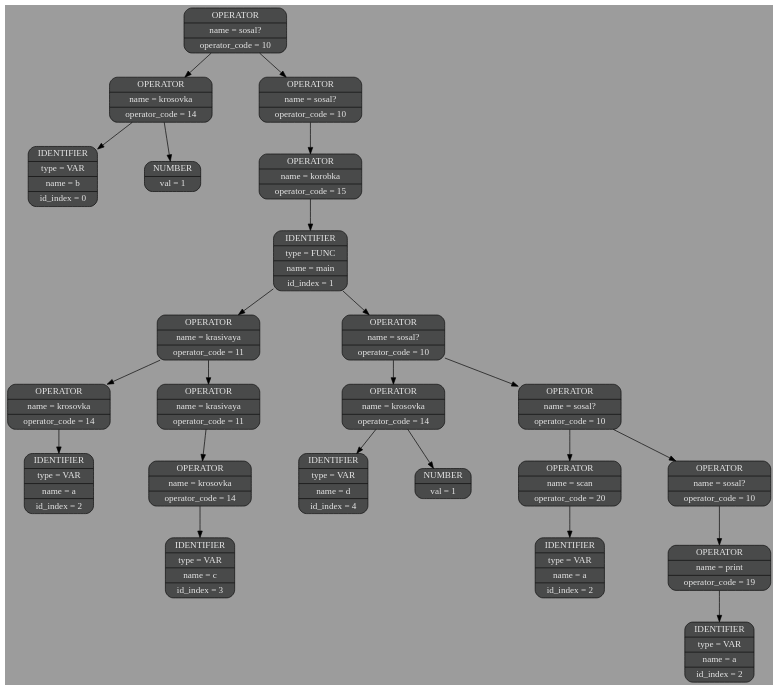
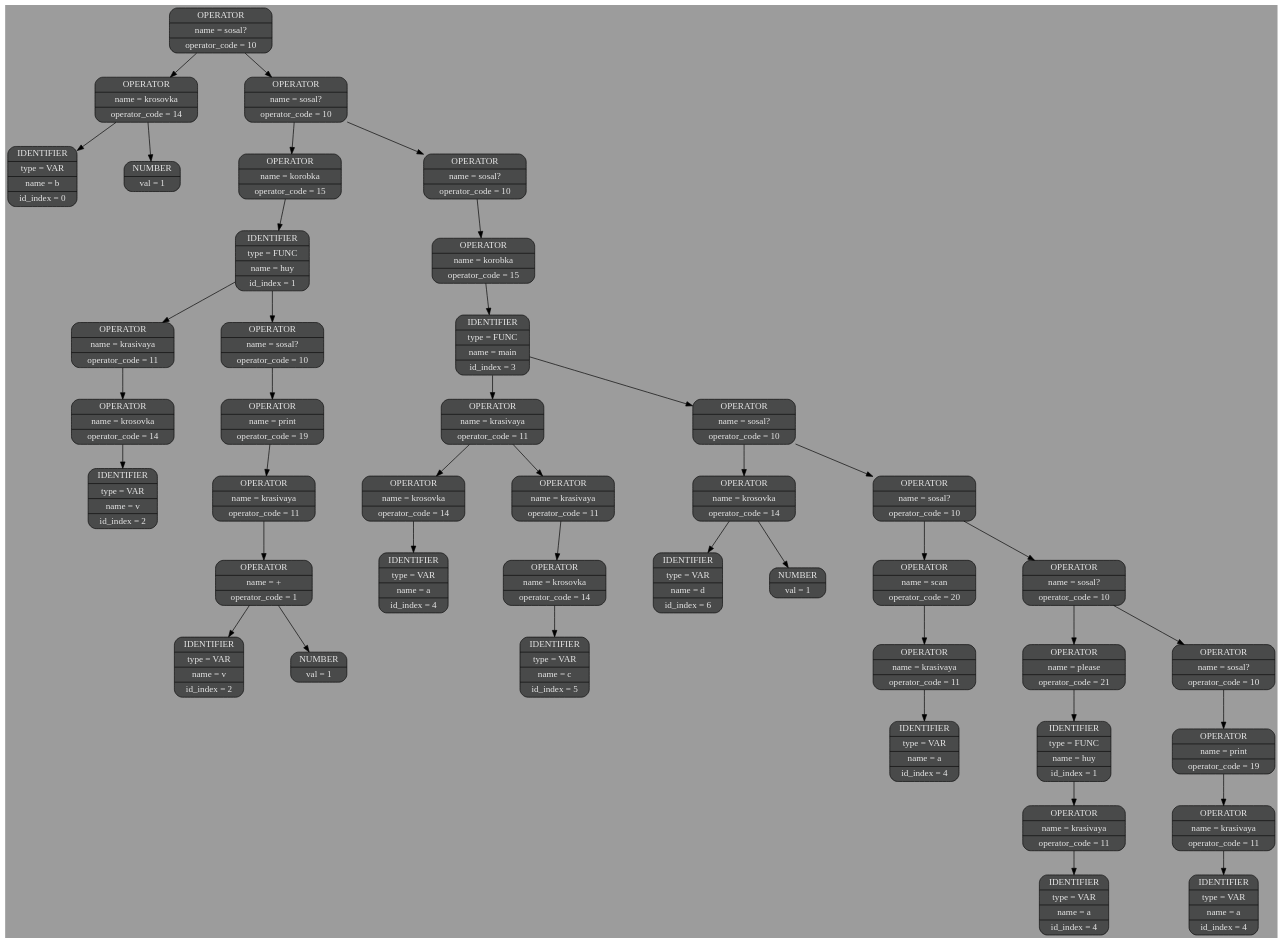
One commit to sevaphasol/language changed the diagram in frontend/logs/dot_files/001.dot. Above: the diagram before and after it, drawn with Graphviz. The commit also changed 30 other files, not shown here.

```diff
--- a/frontend/logs/dot_files/001.dot
+++ b/frontend/logs/dot_files/001.dot
@@ -1,31 +1,50 @@
 digraph G{
 nodesep=1;
 ranksep=0.5;
 rankdir=HR;
 node[style=filled, color="#0a0a0a", fillcolor="#494a4a",fontcolor="#e6e6e6", fontsize=14];
 edge[color="#000000", fontsize=12, penwidth=1, fontcolor = "#49006a"];
 bgcolor="#9c9c9c";
-elem0x74dc9d400010[shape="Mrecord", label= "{OPERATOR | name = sosal? | operator_code = 10}"];
-elem0x74dc9d400010->elem0x74dc9d400038;elem0x74dc9d400038[shape="Mrecord", label= "{OPERATOR | name = krosovka | operator_code = 14}"];
-elem0x74dc9d400038->elem0x74dc9d400060;elem0x74dc9d400060[shape="Mrecord", label= "{IDENTIFIER | type = VAR | name = b | id_index = 0}"];
-elem0x74dc9d400038->elem0x74dc9d4000b0;elem0x74dc9d4000b0[shape="Mrecord", label= "{NUMBER | val = 1}"];
-elem0x74dc9d400010->elem0x74dc9d4000d8;elem0x74dc9d4000d8[shape="Mrecord", label= "{OPERATOR | name = sosal? | operator_code = 10}"];
-elem0x74dc9d4000d8->elem0x74dc9d400100;elem0x74dc9d400100[shape="Mrecord", label= "{OPERATOR | name = korobka | operator_code = 15}"];
-elem0x74dc9d400100->elem0x74dc9d400128;elem0x74dc9d400128[shape="Mrecord", label= "{IDENTIFIER | type = FUNC | name = main | id_index = 1}"];
-elem0x74dc9d400128->elem0x74dc9d400178;elem0x74dc9d400178[shape="Mrecord", label= "{OPERATOR | name = krasivaya | operator_code = 11}"];
-elem0x74dc9d400178->elem0x74dc9d4001a0;elem0x74dc9d4001a0[shape="Mrecord", label= "{OPERATOR | name = krosovka | operator_code = 14}"];
-elem0x74dc9d4001a0->elem0x74dc9d4001c8;elem0x74dc9d4001c8[shape="Mrecord", label= "{IDENTIFIER | type = VAR | name = a | id_index = 2}"];
-elem0x74dc9d400178->elem0x74dc9d4001f0;elem0x74dc9d4001f0[shape="Mrecord", label= "{OPERATOR | name = krasivaya | operator_code = 11}"];
-elem0x74dc9d4001f0->elem0x74dc9d400218;elem0x74dc9d400218[shape="Mrecord", label= "{OPERATOR | name = krosovka | operator_code = 14}"];
-elem0x74dc9d400218->elem0x74dc9d400240;elem0x74dc9d400240[shape="Mrecord", label= "{IDENTIFIER | type = VAR | name = c | id_index = 3}"];
-elem0x74dc9d400128->elem0x74dc9d4002b8;elem0x74dc9d4002b8[shape="Mrecord", label= "{OPERATOR | name = sosal? | operator_code = 10}"];
-elem0x74dc9d4002b8->elem0x74dc9d4002e0;elem0x74dc9d4002e0[shape="Mrecord", label= "{OPERATOR | name = krosovka | operator_code = 14}"];
-elem0x74dc9d4002e0->elem0x74dc9d400308;elem0x74dc9d400308[shape="Mrecord", label= "{IDENTIFIER | type = VAR | name = d | id_index = 4}"];
-elem0x74dc9d4002e0->elem0x74dc9d400358;elem0x74dc9d400358[shape="Mrecord", label= "{NUMBER | val = 1}"];
-elem0x74dc9d4002b8->elem0x74dc9d400380;elem0x74dc9d400380[shape="Mrecord", label= "{OPERATOR | name = sosal? | operator_code = 10}"];
-elem0x74dc9d400380->elem0x74dc9d4003a8;elem0x74dc9d4003a8[shape="Mrecord", label= "{OPERATOR | name = scan | operator_code = 20}"];
-elem0x74dc9d4003a8->elem0x74dc9d4003f8;elem0x74dc9d4003f8[shape="Mrecord", label= "{IDENTIFIER | type = VAR | name = a | id_index = 2}"];
-elem0x74dc9d400380->elem0x74dc9d400448;elem0x74dc9d400448[shape="Mrecord", label= "{OPERATOR | name = sosal? | operator_code = 10}"];
-elem0x74dc9d400448->elem0x74dc9d400470;elem0x74dc9d400470[shape="Mrecord", label= "{OPERATOR | name = print | operator_code = 19}"];
-elem0x74dc9d400470->elem0x74dc9d4004c0;elem0x74dc9d4004c0[shape="Mrecord", label= "{IDENTIFIER | type = VAR | name = a | id_index = 2}"];
+elem0x7fbcc7a00010[shape="Mrecord", label= "{OPERATOR | name = sosal? | operator_code = 10}"];
+elem0x7fbcc7a00010->elem0x7fbcc7a00038;elem0x7fbcc7a00038[shape="Mrecord", label= "{OPERATOR | name = krosovka | operator_code = 14}"];
+elem0x7fbcc7a00038->elem0x7fbcc7a00060;elem0x7fbcc7a00060[shape="Mrecord", label= "{IDENTIFIER | type = VAR | name = b | id_index = 0}"];
+elem0x7fbcc7a00038->elem0x7fbcc7a000b0;elem0x7fbcc7a000b0[shape="Mrecord", label= "{NUMBER | val = 1}"];
+elem0x7fbcc7a00010->elem0x7fbcc7a000d8;elem0x7fbcc7a000d8[shape="Mrecord", label= "{OPERATOR | name = sosal? | operator_code = 10}"];
+elem0x7fbcc7a000d8->elem0x7fbcc7a00100;elem0x7fbcc7a00100[shape="Mrecord", label= "{OPERATOR | name = korobka | operator_code = 15}"];
+elem0x7fbcc7a00100->elem0x7fbcc7a00128;elem0x7fbcc7a00128[shape="Mrecord", label= "{IDENTIFIER | type = FUNC | name = huy | id_index = 1}"];
+elem0x7fbcc7a00128->elem0x7fbcc7a00178;elem0x7fbcc7a00178[shape="Mrecord", label= "{OPERATOR | name = krasivaya | operator_code = 11}"];
+elem0x7fbcc7a00178->elem0x7fbcc7a001a0;elem0x7fbcc7a001a0[shape="Mrecord", label= "{OPERATOR | name = krosovka | operator_code = 14}"];
+elem0x7fbcc7a001a0->elem0x7fbcc7a001c8;elem0x7fbcc7a001c8[shape="Mrecord", label= "{IDENTIFIER | type = VAR | name = v | id_index = 2}"];
+elem0x7fbcc7a00128->elem0x7fbcc7a00240;elem0x7fbcc7a00240[shape="Mrecord", label= "{OPERATOR | name = sosal? | operator_code = 10}"];
+elem0x7fbcc7a00240->elem0x7fbcc7a00268;elem0x7fbcc7a00268[shape="Mrecord", label= "{OPERATOR | name = print | operator_code = 19}"];
+elem0x7fbcc7a00268->elem0x7fbcc7a002b8;elem0x7fbcc7a002b8[shape="Mrecord", label= "{OPERATOR | name = krasivaya | operator_code = 11}"];
+elem0x7fbcc7a002b8->elem0x7fbcc7a00308;elem0x7fbcc7a00308[shape="Mrecord", label= "{OPERATOR | name = + | operator_code = 1}"];
+elem0x7fbcc7a00308->elem0x7fbcc7a002e0;elem0x7fbcc7a002e0[shape="Mrecord", label= "{IDENTIFIER | type = VAR | name = v | id_index = 2}"];
+elem0x7fbcc7a00308->elem0x7fbcc7a00330;elem0x7fbcc7a00330[shape="Mrecord", label= "{NUMBER | val = 1}"];
+elem0x7fbcc7a000d8->elem0x7fbcc7a003a8;elem0x7fbcc7a003a8[shape="Mrecord", label= "{OPERATOR | name = sosal? | operator_code = 10}"];
+elem0x7fbcc7a003a8->elem0x7fbcc7a003d0;elem0x7fbcc7a003d0[shape="Mrecord", label= "{OPERATOR | name = korobka | operator_code = 15}"];
+elem0x7fbcc7a003d0->elem0x7fbcc7a003f8;elem0x7fbcc7a003f8[shape="Mrecord", label= "{IDENTIFIER | type = FUNC | name = main | id_index = 3}"];
+elem0x7fbcc7a003f8->elem0x7fbcc7a00448;elem0x7fbcc7a00448[shape="Mrecord", label= "{OPERATOR | name = krasivaya | operator_code = 11}"];
+elem0x7fbcc7a00448->elem0x7fbcc7a00470;elem0x7fbcc7a00470[shape="Mrecord", label= "{OPERATOR | name = krosovka | operator_code = 14}"];
+elem0x7fbcc7a00470->elem0x7fbcc7a00498;elem0x7fbcc7a00498[shape="Mrecord", label= "{IDENTIFIER | type = VAR | name = a | id_index = 4}"];
+elem0x7fbcc7a00448->elem0x7fbcc7a004c0;elem0x7fbcc7a004c0[shape="Mrecord", label= "{OPERATOR | name = krasivaya | operator_code = 11}"];
+elem0x7fbcc7a004c0->elem0x7fbcc7a004e8;elem0x7fbcc7a004e8[shape="Mrecord", label= "{OPERATOR | name = krosovka | operator_code = 14}"];
+elem0x7fbcc7a004e8->elem0x7fbcc7a00510;elem0x7fbcc7a00510[shape="Mrecord", label= "{IDENTIFIER | type = VAR | name = c | id_index = 5}"];
+elem0x7fbcc7a003f8->elem0x7fbcc7a00588;elem0x7fbcc7a00588[shape="Mrecord", label= "{OPERATOR | name = sosal? | operator_code = 10}"];
+elem0x7fbcc7a00588->elem0x7fbcc7a005b0;elem0x7fbcc7a005b0[shape="Mrecord", label= "{OPERATOR | name = krosovka | operator_code = 14}"];
+elem0x7fbcc7a005b0->elem0x7fbcc7a005d8;elem0x7fbcc7a005d8[shape="Mrecord", label= "{IDENTIFIER | type = VAR | name = d | id_index = 6}"];
+elem0x7fbcc7a005b0->elem0x7fbcc7a00628;elem0x7fbcc7a00628[shape="Mrecord", label= "{NUMBER | val = 1}"];
+elem0x7fbcc7a00588->elem0x7fbcc7a00650;elem0x7fbcc7a00650[shape="Mrecord", label= "{OPERATOR | name = sosal? | operator_code = 10}"];
+elem0x7fbcc7a00650->elem0x7fbcc7a00678;elem0x7fbcc7a00678[shape="Mrecord", label= "{OPERATOR | name = scan | operator_code = 20}"];
+elem0x7fbcc7a00678->elem0x7fbcc7a006c8;elem0x7fbcc7a006c8[shape="Mrecord", label= "{OPERATOR | name = krasivaya | operator_code = 11}"];
+elem0x7fbcc7a006c8->elem0x7fbcc7a006f0;elem0x7fbcc7a006f0[shape="Mrecord", label= "{IDENTIFIER | type = VAR | name = a | id_index = 4}"];
+elem0x7fbcc7a00650->elem0x7fbcc7a00740;elem0x7fbcc7a00740[shape="Mrecord", label= "{OPERATOR | name = sosal? | operator_code = 10}"];
+elem0x7fbcc7a00740->elem0x7fbcc7a00768;elem0x7fbcc7a00768[shape="Mrecord", label= "{OPERATOR | name = please | operator_code = 21}"];
+elem0x7fbcc7a00768->elem0x7fbcc7a00790;elem0x7fbcc7a00790[shape="Mrecord", label= "{IDENTIFIER | type = FUNC | name = huy | id_index = 1}"];
+elem0x7fbcc7a00790->elem0x7fbcc7a007e0;elem0x7fbcc7a007e0[shape="Mrecord", label= "{OPERATOR | name = krasivaya | operator_code = 11}"];
+elem0x7fbcc7a007e0->elem0x7fbcc7a00808;elem0x7fbcc7a00808[shape="Mrecord", label= "{IDENTIFIER | type = VAR | name = a | id_index = 4}"];
+elem0x7fbcc7a00740->elem0x7fbcc7a00858;elem0x7fbcc7a00858[shape="Mrecord", label= "{OPERATOR | name = sosal? | operator_code = 10}"];
+elem0x7fbcc7a00858->elem0x7fbcc7a00880;elem0x7fbcc7a00880[shape="Mrecord", label= "{OPERATOR | name = print | operator_code = 19}"];
+elem0x7fbcc7a00880->elem0x7fbcc7a008d0;elem0x7fbcc7a008d0[shape="Mrecord", label= "{OPERATOR | name = krasivaya | operator_code = 11}"];
+elem0x7fbcc7a008d0->elem0x7fbcc7a008f8;elem0x7fbcc7a008f8[shape="Mrecord", label= "{IDENTIFIER | type = VAR | name = a | id_index = 4}"];
 }
```
